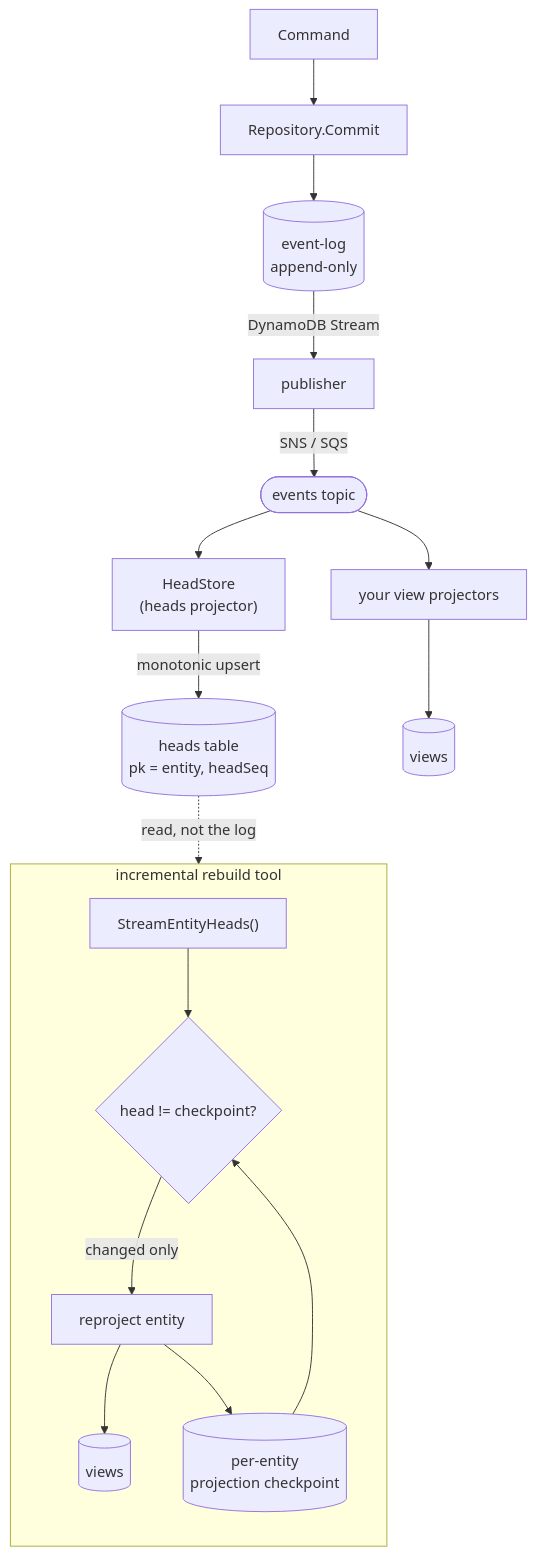
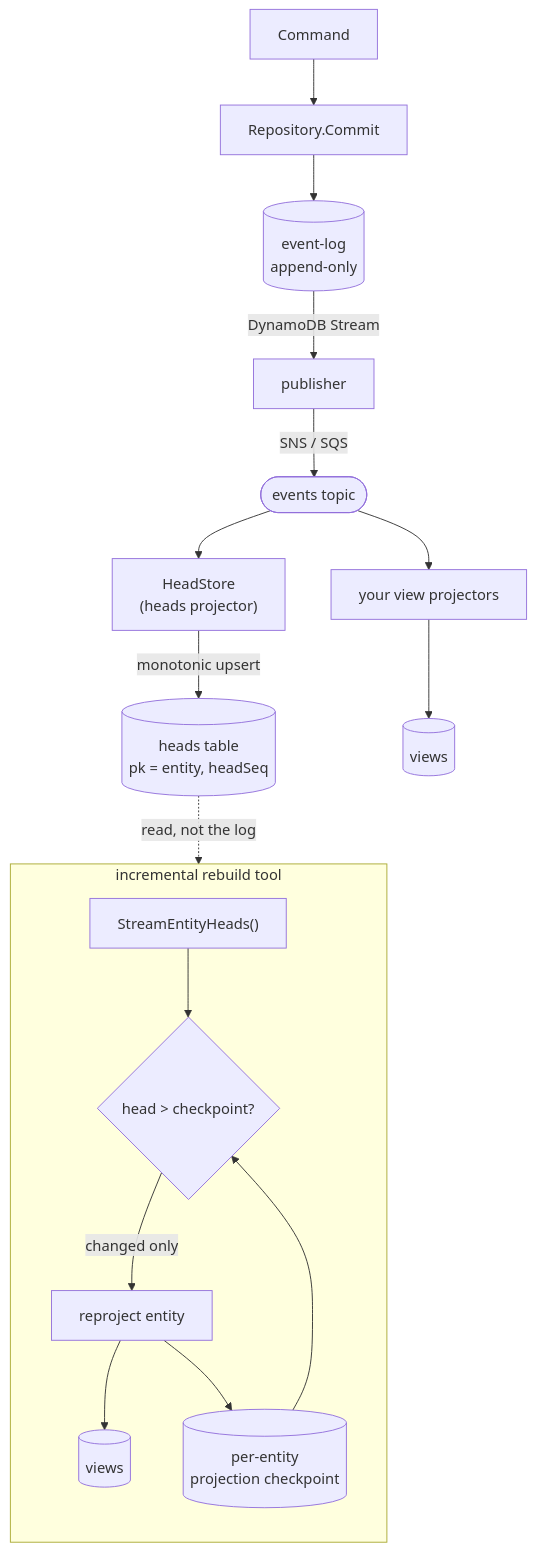
One commit to photon-grove/evt changed the diagram in docs/projections.md. Above: the diagram before and after it, drawn with Mermaid. The commit also changed other lines of this file, not shown here.

First line of the commit message:
docs: use monotonic head > checkpoint comparison for change detection

````diff
--- a/docs/projections.md
+++ b/docs/projections.md
@@ -88,22 +88,22 @@
 ```mermaid
 flowchart TB
   cmd[Command] --> commit[Repository.Commit]
   commit --> log[("event-log<br/>append-only")]
   log -- "DynamoDB Stream" --> pub[publisher]
   pub -- "SNS / SQS" --> topic(["events topic"])
   topic --> heads["HeadStore<br/>(heads projector)"]
   topic --> other["your view projectors"]
   heads -- "monotonic upsert" --> ht[("heads table<br/>pk = entity, headSeq")]
   other --> views[("views")]
 
   subgraph rebuild ["incremental rebuild tool"]
     direction TB
-    read["StreamEntityHeads()"] --> detect{"head != checkpoint?"}
+    read["StreamEntityHeads()"] --> detect{"head > checkpoint?"}
     ckpt[("per-entity<br/>projection checkpoint")] --> detect
     detect -- "changed only" --> reproject["reproject entity"]
     reproject --> views2[("views")]
     reproject --> ckpt
   end
 
   ht -.->|"read, not the log"| read
 ```
````
